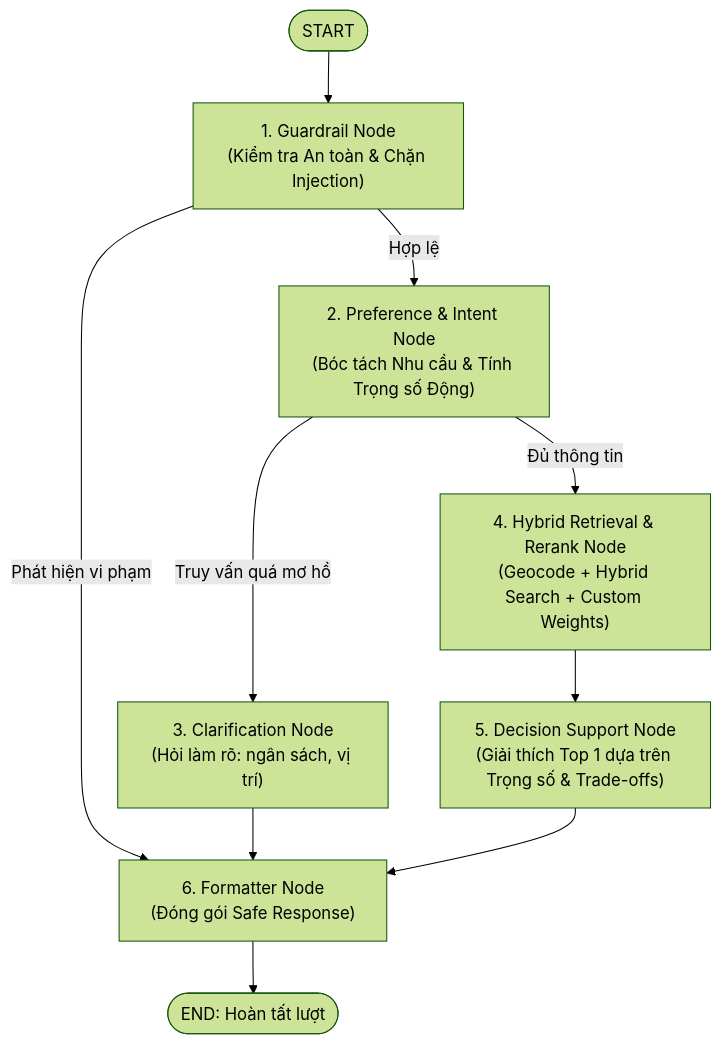
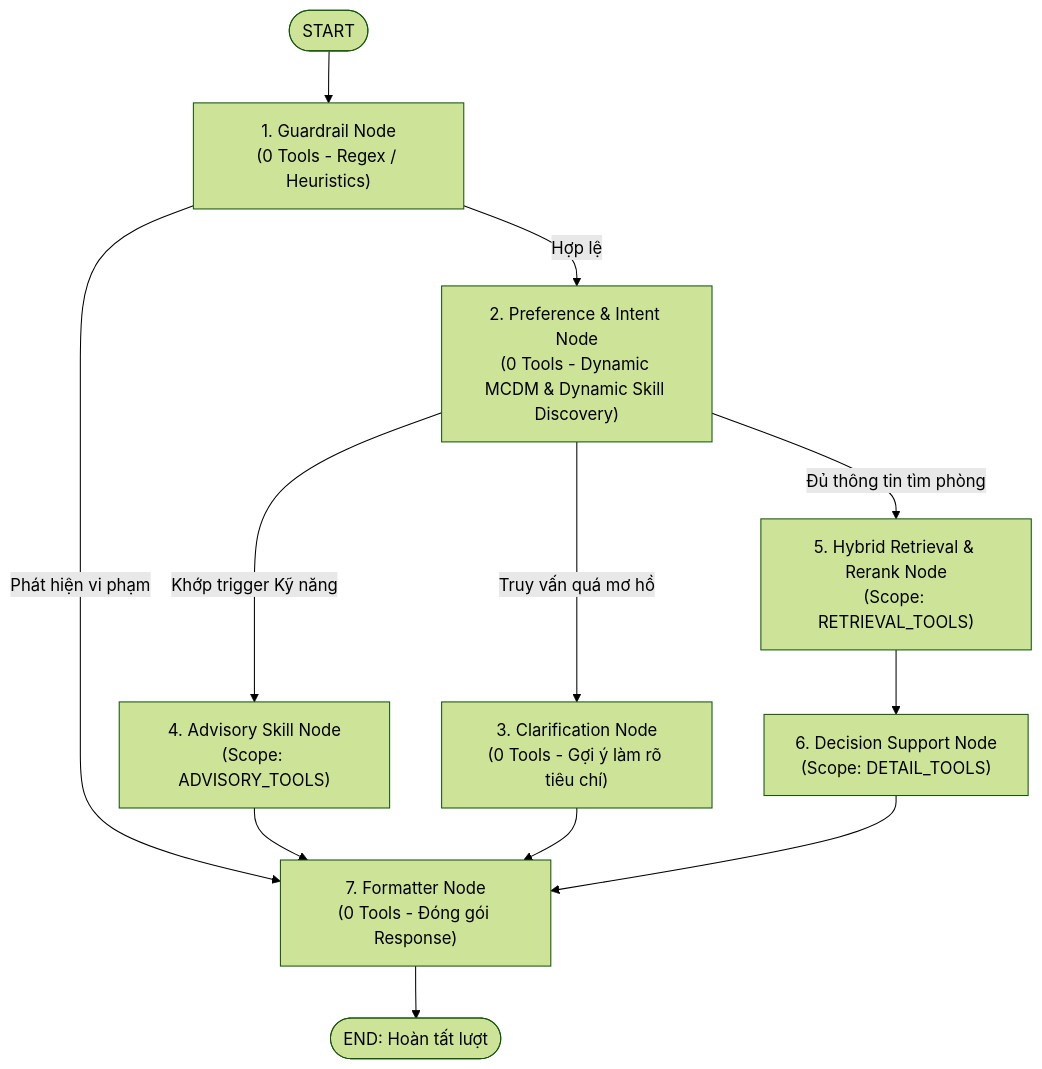
The diagram in AGENT.md (undead04/intelligent-room-rental), drawn with Mermaid (forest theme) before and after one commit. The commit also changed other lines of this file and 8 other files, not shown here.

Commit message:
feat(ai-agent): implement tool partitioning and dynamic skill discovery in langgraph

````diff
--- a/AGENT.md
+++ b/AGENT.md
@@ -54,18 +54,21 @@
 ```mermaid
 flowchart TD
-    START([START]) --> GuardrailNode["1. Guardrail Node\n(Kiểm tra An toàn & Chặn Injection)"]
+    START([START]) --> GuardrailNode["1. Guardrail Node\n(0 Tools - Regex / Heuristics)"]
     
-    GuardrailNode -->|Phát hiện vi phạm| FormatterNode["6. Formatter Node\n(Đóng gói Safe Response)"]
-    GuardrailNode -->|Hợp lệ| PreferenceIntentNode["2. Preference & Intent Node\n(Bóc tách Nhu cầu & Tính Trọng số Động)"]
+    GuardrailNode -->|Phát hiện vi phạm| FormatterNode["7. Formatter Node\n(0 Tools - Đóng gói Response)"]
+    GuardrailNode -->|Hợp lệ| PreferenceIntentNode["2. Preference & Intent Node\n(0 Tools - Dynamic MCDM & Dynamic Skill Discovery)"]
     
-    PreferenceIntentNode -->|Truy vấn quá mơ hồ| ClarificationNode["3. Clarification Node\n(Hỏi làm rõ: ngân sách, vị trí)"]
+    PreferenceIntentNode -->|Khớp trigger Kỹ năng| AdvisoryNode["4. Advisory Skill Node\n(Scope: ADVISORY_TOOLS)"]
+    AdvisoryNode --> FormatterNode
+    
+    PreferenceIntentNode -->|Truy vấn quá mơ hồ| ClarificationNode["3. Clarification Node\n(0 Tools - Gợi ý làm rõ tiêu chí)"]
     ClarificationNode --> FormatterNode
     
-    PreferenceIntentNode -->|Đủ thông tin| RetrievalNode["4. Hybrid Retrieval & Rerank Node\n(Geocode + Hybrid Search + Custom Weights)"]
+    PreferenceIntentNode -->|Đủ thông tin tìm phòng| RetrievalNode["5. Hybrid Retrieval & Rerank Node\n(Scope: RETRIEVAL_TOOLS)"]
     
-    RetrievalNode --> DecisionNode["5. Decision Support Node\n(Giải thích Top 1 dựa trên Trọng số & Trade-offs)"]
+    RetrievalNode --> DecisionNode["6. Decision Support Node\n(Scope: DETAIL_TOOLS)"]
     
     DecisionNode --> FormatterNode
     
     FormatterNode --> END([END: Hoàn tất lượt])
 ```
````
